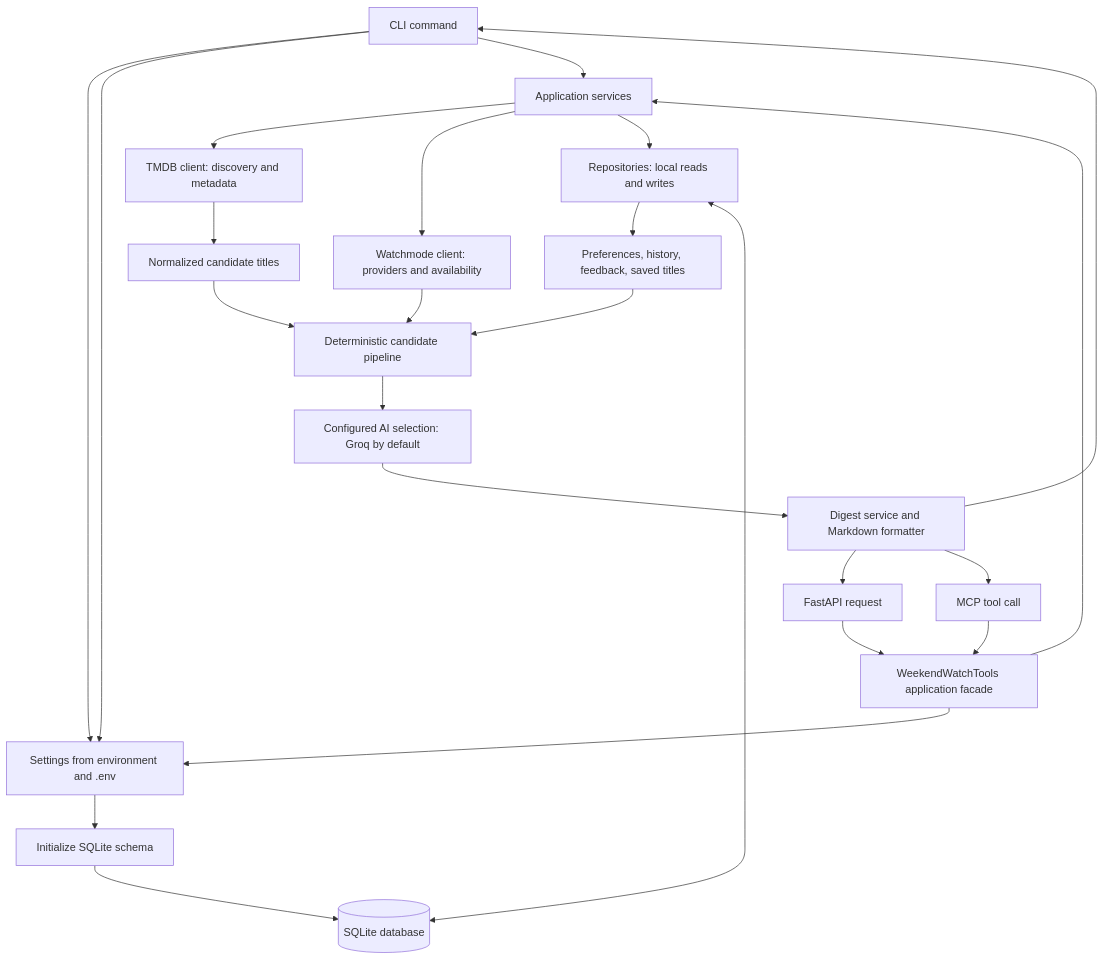
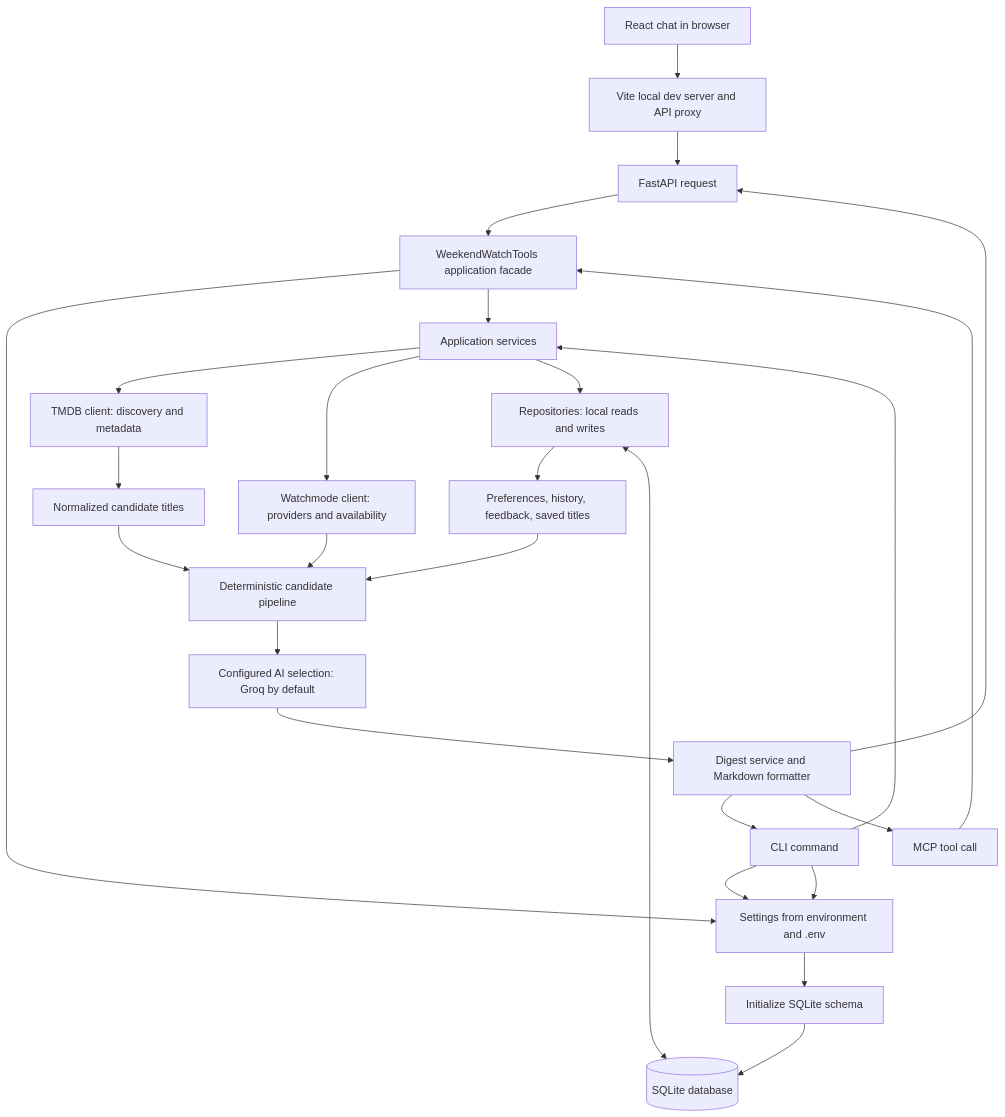
Before and after one commit to jatingupta12/movie-recommendation-agent: the diagram in ARCHITECTURE.md, drawn with Mermaid. The commit also changed other lines of this file and 31 other files, not shown here.

````diff
--- a/ARCHITECTURE.md
+++ b/ARCHITECTURE.md
@@ -7,26 +7,28 @@
 ```mermaid
 flowchart TD
+    WEB[React chat in browser] --> VITE[Vite local dev server and API proxy]
+    VITE --> API[FastAPI request]
     CLI[CLI command] --> SETTINGS[Settings from environment and .env]
-    API[FastAPI request] --> FACADE[WeekendWatchTools application facade]
+    API --> FACADE[WeekendWatchTools application facade]
     MCP[MCP tool call] --> FACADE
     FACADE --> SETTINGS
     CLI --> SETTINGS
     SETTINGS --> DBINIT[Initialize SQLite schema]
     DBINIT --> DB[(SQLite database)]
     CLI --> SERVICES[Application services]
     FACADE --> SERVICES
     SERVICES --> TMDB[TMDB client: discovery and metadata]
     SERVICES --> WM[Watchmode client: providers and availability]
     SERVICES --> REPOS[Repositories: local reads and writes]
     TMDB --> CANDIDATES[Normalized candidate titles]
     REPOS --> PROFILE[Preferences, history, feedback, saved titles]
     CANDIDATES --> PIPE[Deterministic candidate pipeline]
     PROFILE --> PIPE
     WM --> PIPE
     PIPE --> AI[Configured AI selection: Groq by default]
     AI --> DIGEST[Digest service and Markdown formatter]
     DIGEST --> CLI
     DIGEST --> API
     DIGEST --> MCP
     REPOS <--> DB
 ```
````
